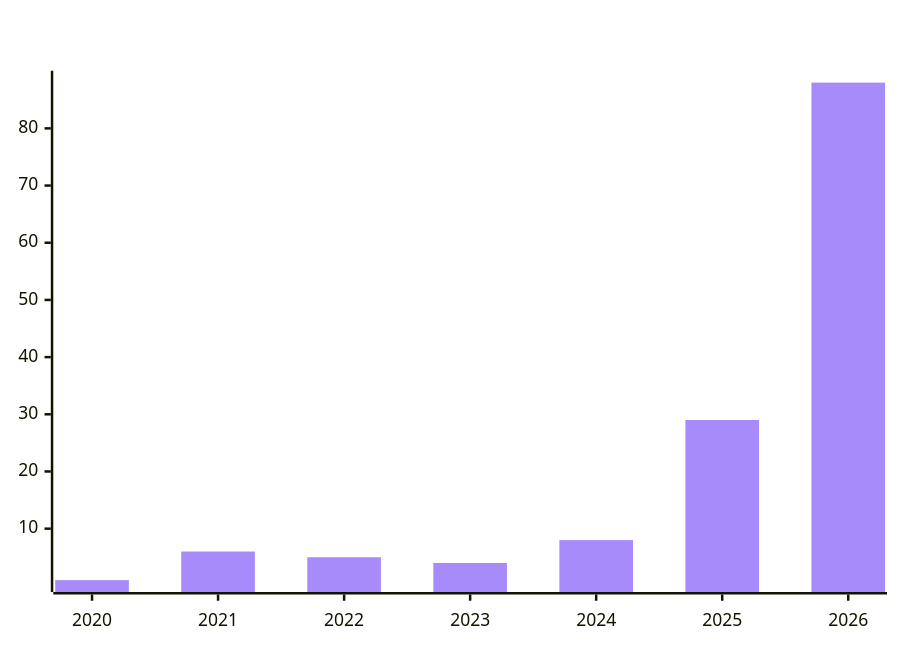
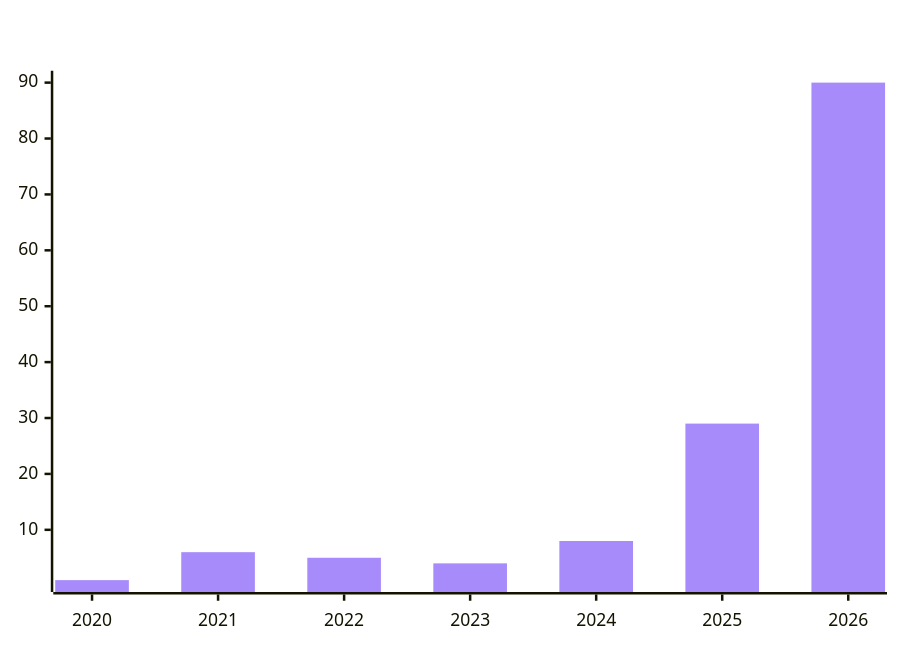
Before and after one commit to polo-nyan/polo-nyan: the sixth of 7 diagrams in README.md, drawn with Mermaid. The commit also changed other lines of this file and 1 other file, not shown here.

````diff
--- a/README.md
+++ b/README.md
@@ -391,7 +391,7 @@
 ```mermaid
 %%{init: {"xyChart": {"titleColor": "#ffffff", "xAxisLabelColor": "#ffffff", "yAxisLabelColor": "#ffffff"}, "themeVariables": {"xyChart": {"titleColor": "#ffffff", "plotColorPalette": "#a78bfa"}}}}%%
 xychart-beta
     title "Repos Created Per Year"
     x-axis ["2020", "2021", "2022", "2023", "2024", "2025", "2026"]
-    bar [1, 6, 5, 4, 8, 29, 88]
+    bar [1, 6, 5, 4, 8, 29, 90]
 ```
````
